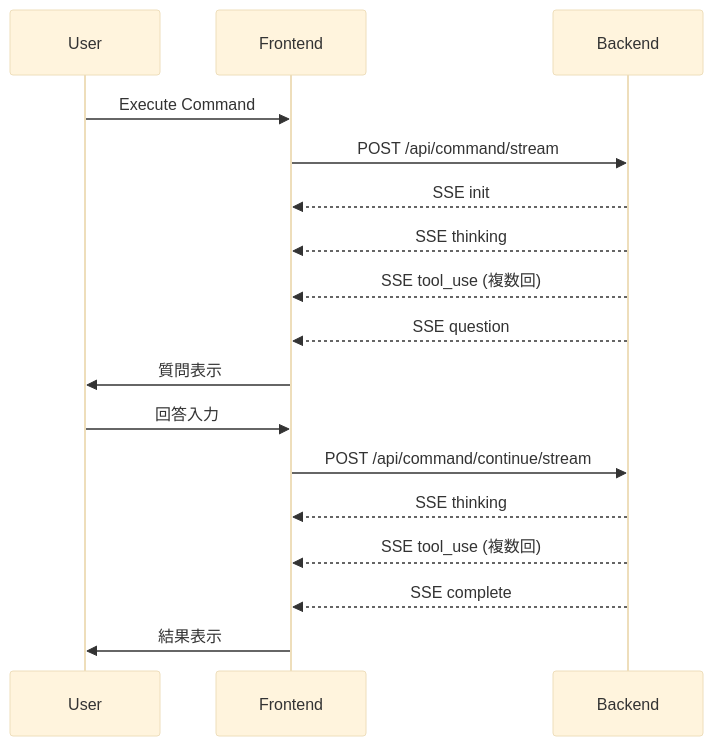
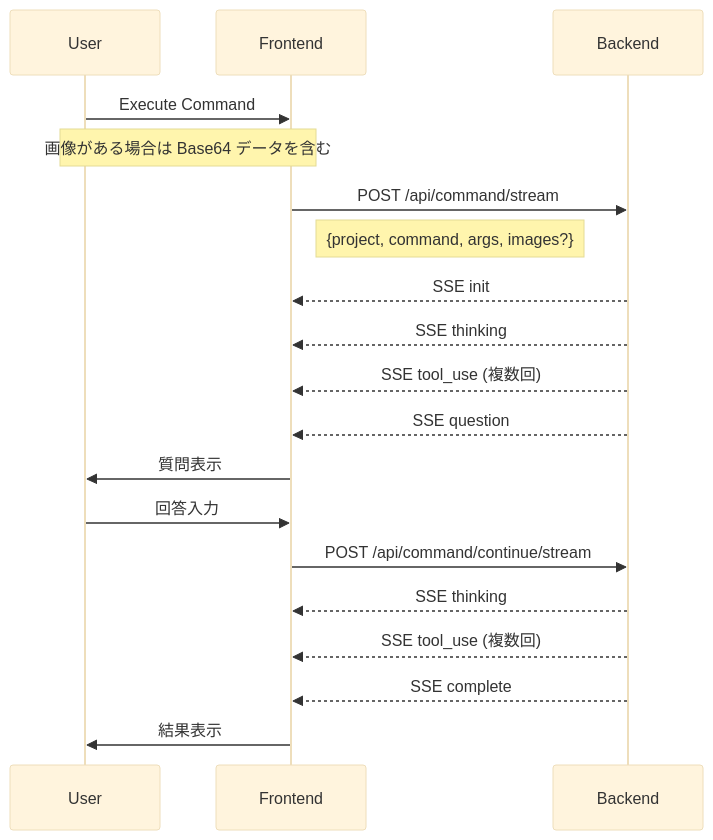
One commit to nyan-tama/Ghostrunner changed the second of 6 diagrams in frontend/docs/screen-flow.md. Above: the diagram before and after it, drawn with Mermaid (base theme). The commit also changed other lines of this file and 6 other files, not shown here.

First line of the commit message:
feat(frontend): add image upload support to command form

````diff
--- a/frontend/docs/screen-flow.md
+++ b/frontend/docs/screen-flow.md
@@ -105,20 +109,22 @@
 ```mermaid
 sequenceDiagram
     participant User
     participant Frontend
     participant Backend
 
     User->>Frontend: Execute Command
+    Note over User,Frontend: 画像がある場合は Base64 データを含む
     Frontend->>Backend: POST /api/command/stream
+    Note right of Frontend: {project, command, args, images?}
     Backend-->>Frontend: SSE init
     Backend-->>Frontend: SSE thinking
     Backend-->>Frontend: SSE tool_use (複数回)
     Backend-->>Frontend: SSE question
     Frontend->>User: 質問表示
     User->>Frontend: 回答入力
     Frontend->>Backend: POST /api/command/continue/stream
     Backend-->>Frontend: SSE thinking
     Backend-->>Frontend: SSE tool_use (複数回)
     Backend-->>Frontend: SSE complete
     Frontend->>User: 結果表示
 ```
````
